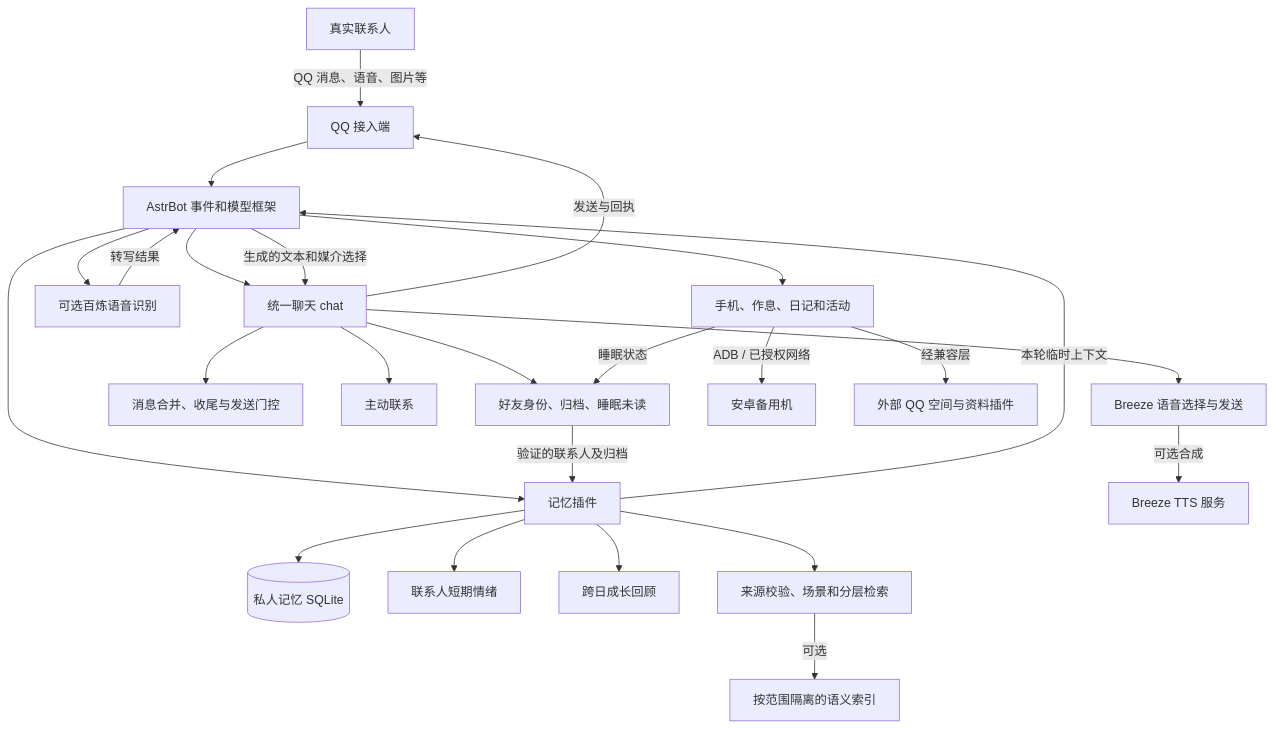
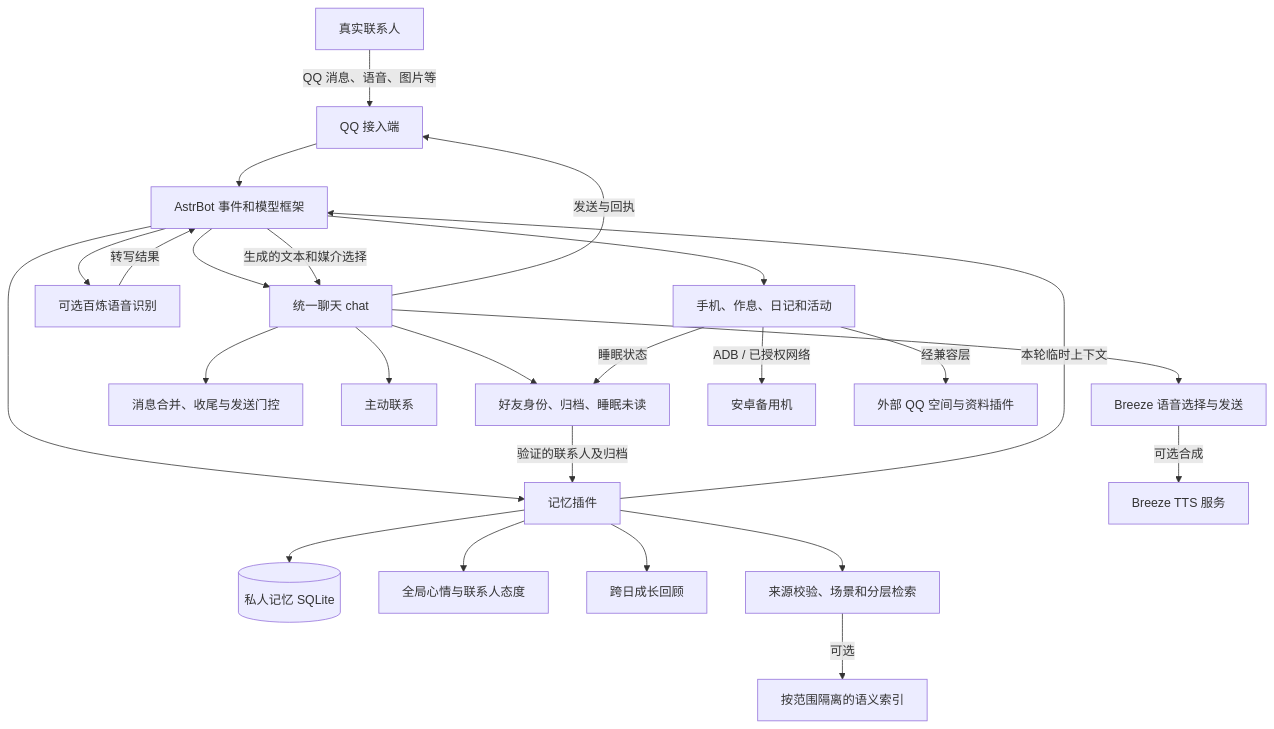
Before and after one commit to J-Ollie/whale-companion: the diagram in docs/IMPLEMENTATION.md, drawn with Mermaid. The commit also changed other lines of this file and 1 other file, not shown here.

````diff
--- a/docs/IMPLEMENTATION.md
+++ b/docs/IMPLEMENTATION.md
@@ -7,27 +7,27 @@
 ```mermaid
 flowchart TD
     U[真实联系人] -->|QQ 消息、语音、图片等| QQ[QQ 接入端]
     QQ --> AB[AstrBot 事件和模型框架]
     AB --> CHAT[统一聊天 chat]
     CHAT --> FRIENDS[好友身份、归档、睡眠未读]
     CHAT --> BATCH[消息合并、收尾与发送门控]
     CHAT --> ACTIVE[主动联系]
     CHAT --> VOICE[Breeze 语音选择与发送]
     AB --> ASR[可选百炼语音识别]
     ASR -->|转写结果| AB
     AB --> MEM[记忆插件]
     MEM --> DB[(私人记忆 SQLite)]
-    MEM --> AFFECT[联系人短期情绪]
+    MEM --> AFFECT[全局心情与联系人态度]
     MEM --> GROW[跨日成长回顾]
     MEM --> RETRIEVE[来源校验、场景和分层检索]
     RETRIEVE -->|可选| VECTOR[按范围隔离的语义索引]
     AB --> PHONE[手机、作息、日记和活动]
     PHONE -->|ADB / 已授权网络| DEVICE[安卓备用机]
     PHONE -->|经兼容层| SOCIAL[外部 QQ 空间与资料插件]
     PHONE -->|睡眠状态| FRIENDS
     FRIENDS -->|验证的联系人及归档| MEM
     MEM -->|本轮临时上下文| AB
     AB -->|生成的文本和媒介选择| CHAT
     VOICE -->|可选合成| TTS[Breeze TTS 服务]
     CHAT -->|发送与回执| QQ
 ```
````
